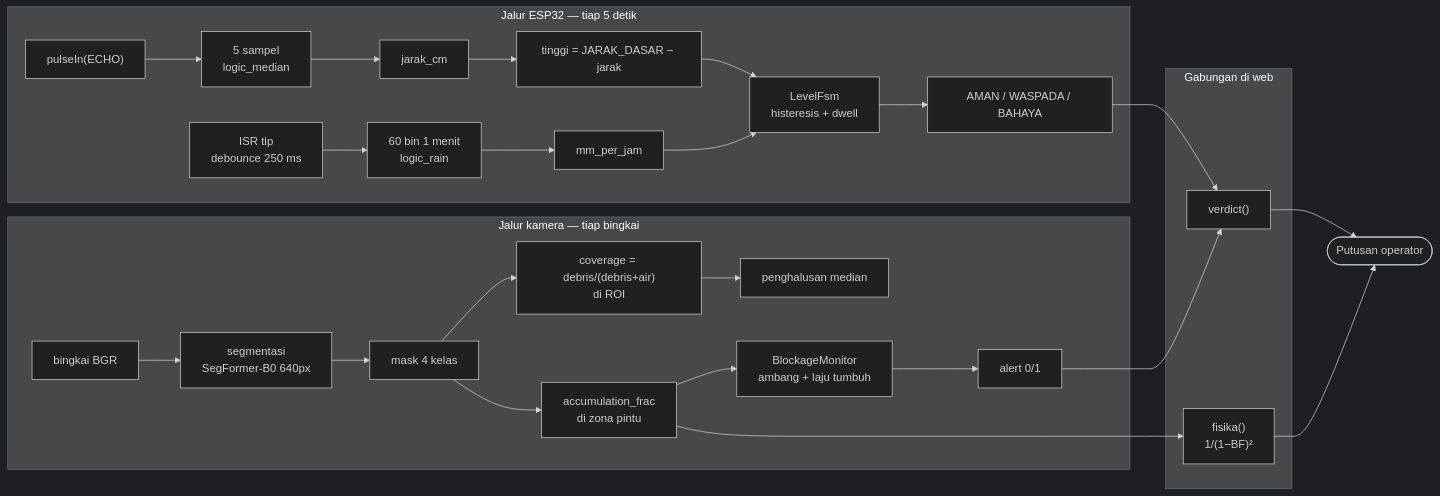
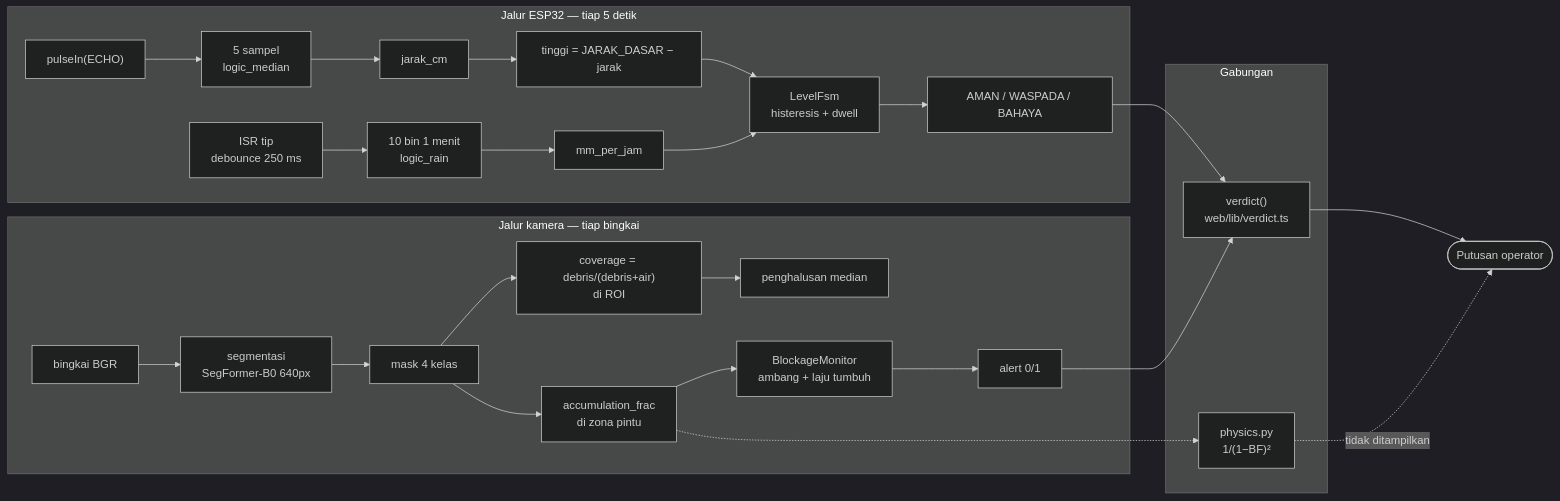
Before and after one commit to henray404/syurel-website: the third of 8 diagrams in docs/laporan/03-arsitektur.md, drawn with Mermaid (dark theme). The commit also changed other lines of this file and 41 other files, not shown here.

````diff
--- a/docs/laporan/03-arsitektur.md
+++ b/docs/laporan/03-arsitektur.md
@@ -97,34 +168,34 @@
 ```mermaid
 flowchart LR
     subgraph A["Jalur ESP32 — tiap 5 detik"]
         A1["pulseIn(ECHO)"] --> A2["5 sampel<br/>logic_median"]
         A2 --> A3["jarak_cm"]
         A3 --> A4["tinggi = JARAK_DASAR − jarak"]
-        A5["ISR tip<br/>debounce 250 ms"] --> A6["60 bin 1 menit<br/>logic_rain"]
+        A5["ISR tip<br/>debounce 250 ms"] --> A6["10 bin 1 menit<br/>logic_rain"]
         A6 --> A7["mm_per_jam"]
         A4 --> A8["LevelFsm<br/>histeresis + dwell"]
         A7 --> A8
         A8 --> A9["AMAN / WASPADA / BAHAYA"]
     end
 
     subgraph B["Jalur kamera — tiap bingkai"]
         B1["bingkai BGR"] --> B2["segmentasi<br/>SegFormer-B0 640px"]
         B2 --> B3["mask 4 kelas"]
         B3 --> B4["coverage = debris/(debris+air)<br/>di ROI"]
         B3 --> B5["accumulation_frac<br/>di zona pintu"]
         B4 --> B6["penghalusan median"]
         B5 --> B7["BlockageMonitor<br/>ambang + laju tumbuh"]
         B7 --> B8["alert 0/1"]
     end
 
-    subgraph C["Gabungan di web"]
-        C1["verdict()"]
-        C2["fisika()<br/>1/(1−BF)²"]
+    subgraph C["Gabungan"]
+        C1["verdict()<br/>web/lib/verdict.ts"]
+        C2["physics.py<br/>1/(1−BF)²"]
     end
 
     A9 --> C1
     B8 --> C1
-    B5 --> C2
+    B5 -.-> C2
     C1 --> D(["Putusan operator"])
-    C2 --> D
+    C2 -.->|"tidak ditampilkan"| D
 ```
````
